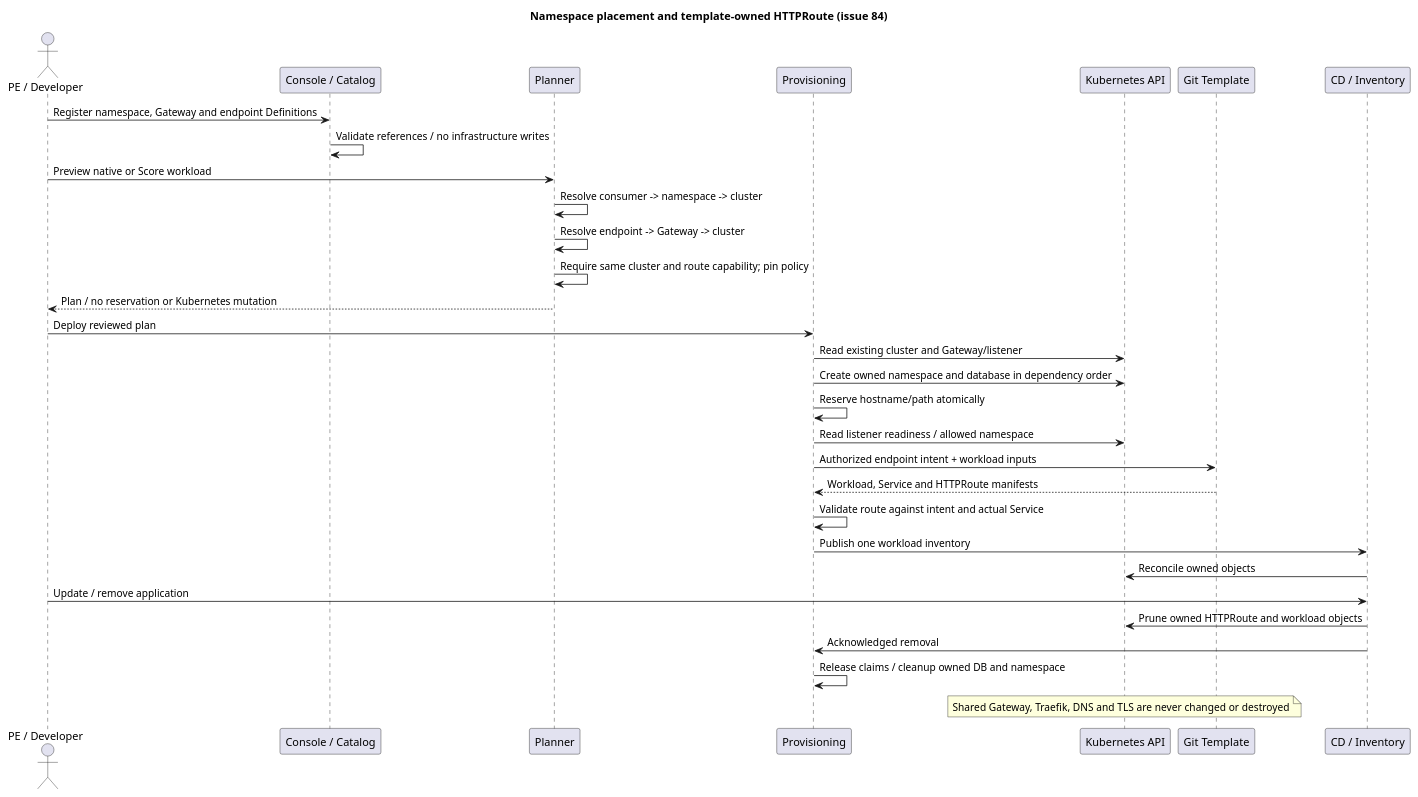
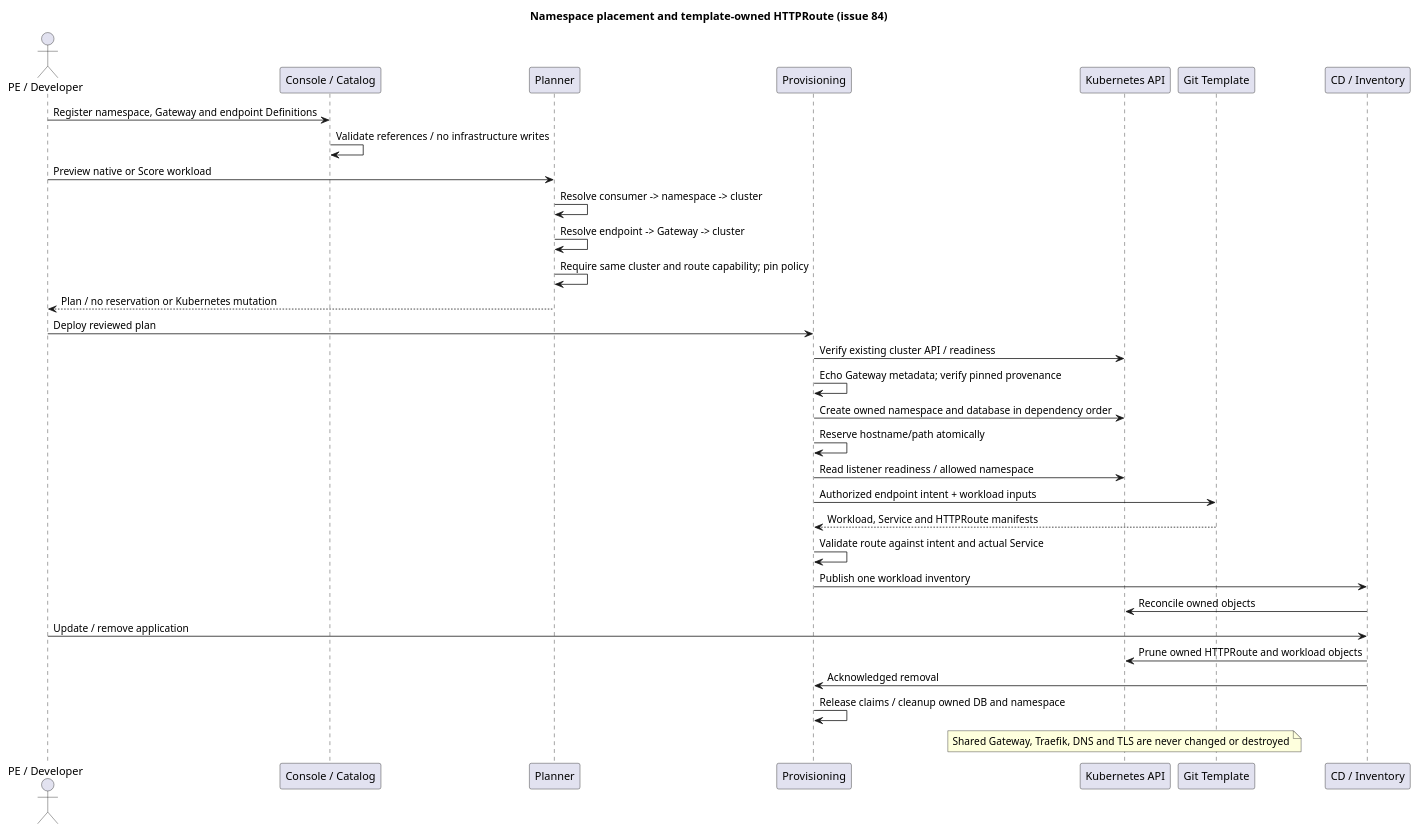
The diagram in orchestrator_docs/architecture/contracts/namespace-template-routes.puml (pr3s3nt/poc), drawn with PlantUML before and after one commit. The commit also changed 34 other files, not shown here.

Commit message:
refactor: separate Echo Gateway metadata from target verification (Refs #84)

```diff
--- a/orchestrator_docs/architecture/contracts/namespace-template-routes.puml
+++ b/orchestrator_docs/architecture/contracts/namespace-template-routes.puml
@@ -1,32 +1,33 @@
 @startuml
 title Namespace placement and template-owned HTTPRoute (issue 84)
 actor "PE / Developer" as User
 participant "Console / Catalog" as Catalog
 participant Planner
 participant Provisioning
 participant "Kubernetes API" as Kube
 participant "Git Template" as Template
 participant "CD / Inventory" as CD
 User -> Catalog: Register namespace, Gateway and endpoint Definitions
 Catalog -> Catalog: Validate references / no infrastructure writes
 User -> Planner: Preview native or Score workload
 Planner -> Planner: Resolve consumer -> namespace -> cluster
 Planner -> Planner: Resolve endpoint -> Gateway -> cluster
 Planner -> Planner: Require same cluster and route capability; pin policy
 Planner --> User: Plan / no reservation or Kubernetes mutation
 User -> Provisioning: Deploy reviewed plan
-Provisioning -> Kube: Read existing cluster and Gateway/listener
+Provisioning -> Kube: Verify existing cluster API / readiness
+Provisioning -> Provisioning: Echo Gateway metadata; verify pinned provenance
 Provisioning -> Kube: Create owned namespace and database in dependency order
 Provisioning -> Provisioning: Reserve hostname/path atomically
 Provisioning -> Kube: Read listener readiness / allowed namespace
 Provisioning -> Template: Authorized endpoint intent + workload inputs
 Template --> Provisioning: Workload, Service and HTTPRoute manifests
 Provisioning -> Provisioning: Validate route against intent and actual Service
 Provisioning -> CD: Publish one workload inventory
 CD -> Kube: Reconcile owned objects
 User -> CD: Update / remove application
 CD -> Kube: Prune owned HTTPRoute and workload objects
 CD -> Provisioning: Acknowledged removal
 Provisioning -> Provisioning: Release claims / cleanup owned DB and namespace
 note over Kube: Shared Gateway, Traefik, DNS and TLS are never changed or destroyed
 @enduml
```
